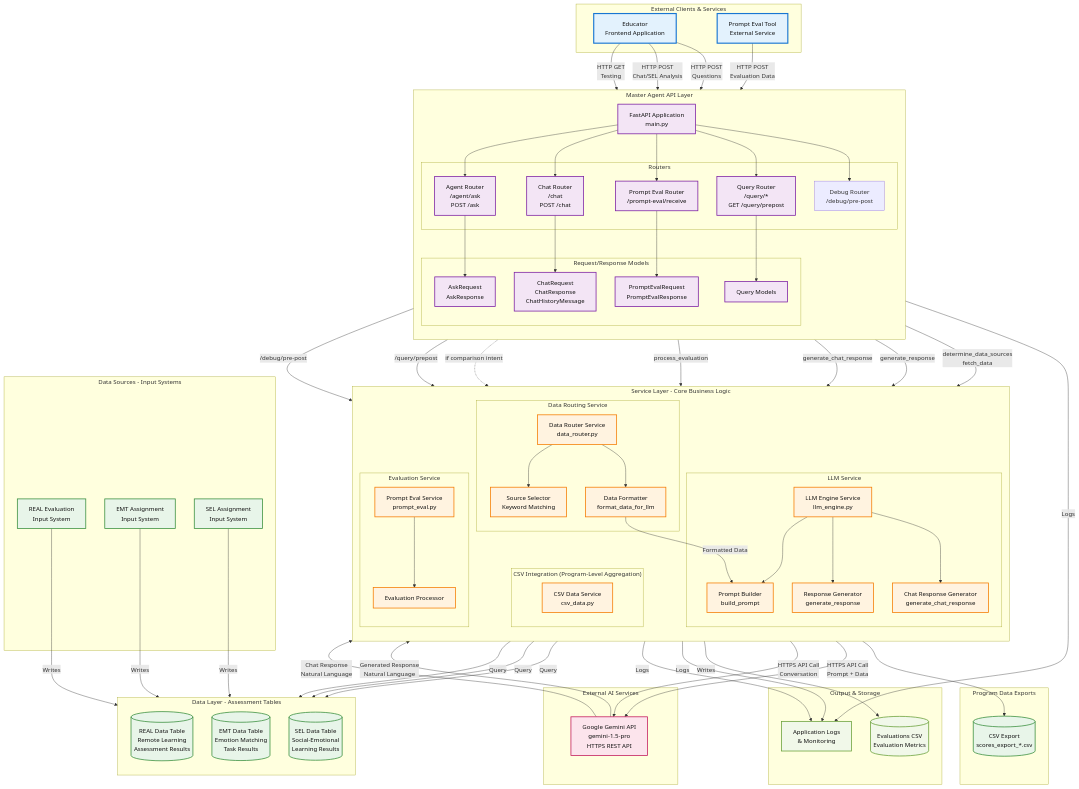
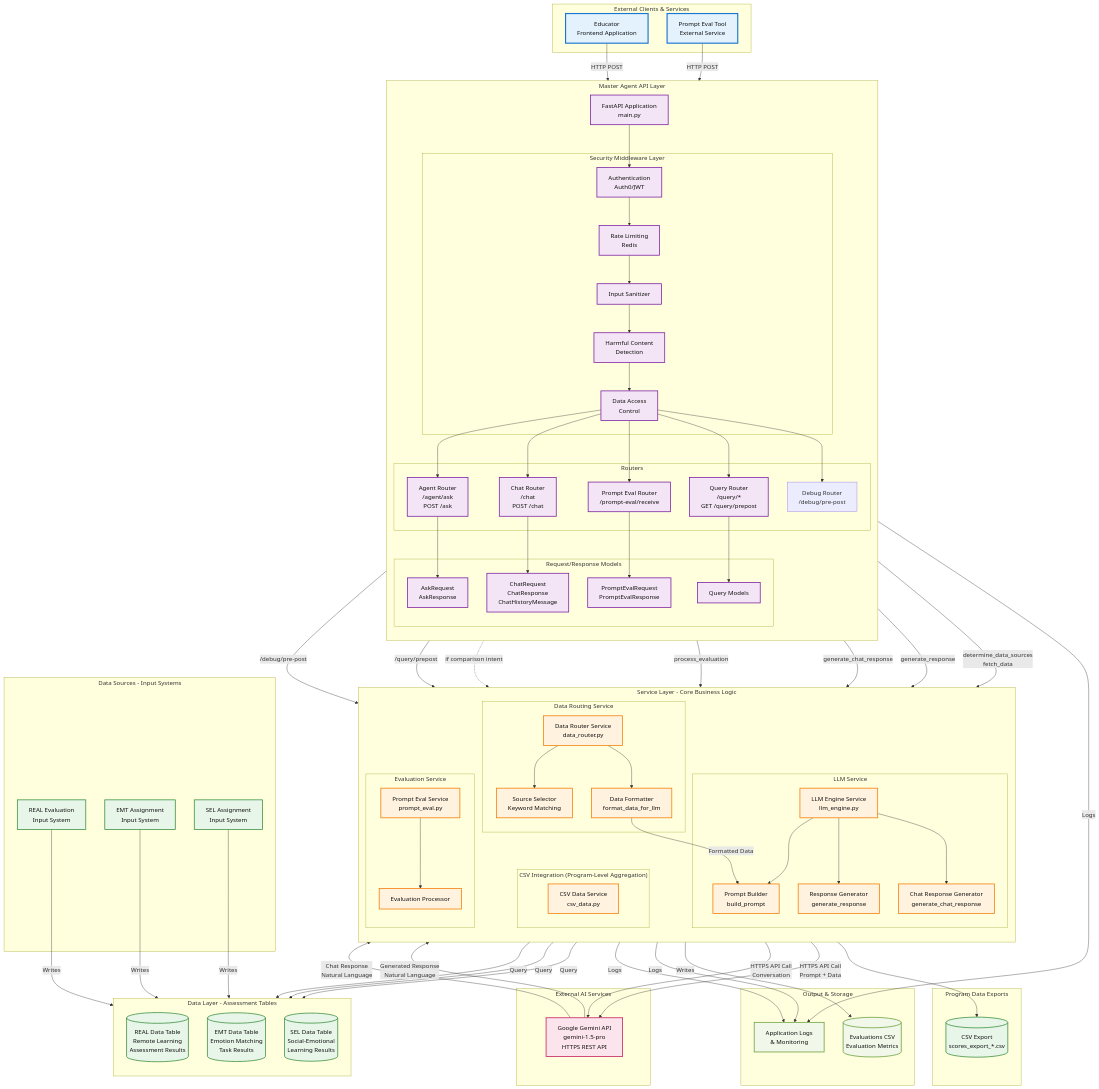
One commit to keithesanks-prog/Ask-Tilli-Master-Chatbot changed the first of 6 diagrams in README.md. Above: the diagram before and after it, drawn with Mermaid.

Commit message:
docs: Add Security Middleware Layer to High-Level Architecture Diagram

```diff
--- a/README.md
+++ b/README.md
@@ -71,6 +71,14 @@
     subgraph "Master Agent API Layer"
         direction TB
         FastAPI[FastAPI Application<br/>main.py]
+        
+        subgraph "Security Middleware Layer"
+            Auth[Authentication<br/>Auth0/JWT]
+            RateLimit[Rate Limiting<br/>Redis]
+            Sanitizer[Input Sanitizer]
+            HarmDetect[Harmful Content<br/>Detection]
+            AccessControl[Data Access<br/>Control]
+        end
         
         subgraph "Routers"
             AgentRouter[Agent Router<br/>/agent/ask<br/>POST /ask]
@@ -141,17 +149,21 @@
     end
     
     %% Client to API connections
-    Educator -->|HTTP POST<br/>Questions| AgentRouter
-    Educator -->|HTTP POST<br/>Chat/SEL Analysis| ChatRouter
-    Educator -->|HTTP GET<br/>Testing| QueryRouter
-    EvalTool -->|HTTP POST<br/>Evaluation Data| EvalRouter
+    Educator -->|HTTP POST| FastAPI
+    EvalTool -->|HTTP POST| FastAPI
     
     %% API Layer internal connections
-    FastAPI --> AgentRouter
-    FastAPI --> ChatRouter
-    FastAPI --> QueryRouter
-    FastAPI --> EvalRouter
-    FastAPI --> DebugRouter
+    FastAPI --> Auth
+    Auth --> RateLimit
+    RateLimit --> Sanitizer
+    Sanitizer --> HarmDetect
+    HarmDetect --> AccessControl
+    
+    AccessControl --> AgentRouter
+    AccessControl --> ChatRouter
+    AccessControl --> QueryRouter
+    AccessControl --> EvalRouter
+    AccessControl --> DebugRouter
     
     AgentRouter --> AskRequest
     ChatRouter --> ChatModels
@@ -209,7 +221,7 @@
     classDef outputStyle fill:#f1f8e9,stroke:#689f38,stroke-width:2px,color:#111111
     
     class Educator,EvalTool clientStyle
-    class FastAPI,AgentRouter,ChatRouter,QueryRouter,EvalRouter,AskRequest,ChatModels,QueryModels,EvalModels apiStyle
+    class FastAPI,AgentRouter,ChatRouter,QueryRouter,EvalRouter,AskRequest,ChatModels,QueryModels,EvalModels,Auth,RateLimit,Sanitizer,HarmDetect,AccessControl apiStyle
     class DataRouter,SourceSelector,DataFormatter,LLMEngine,PromptBuilder,ResponseGenerator,ChatResponseGen,PromptEval,EvalProcessor serviceStyle
     class REALDB,EMTDB,SELDB,REALInput,EMTInput,SELInput dataStyle
     class GeminiAPI externalStyle
```
